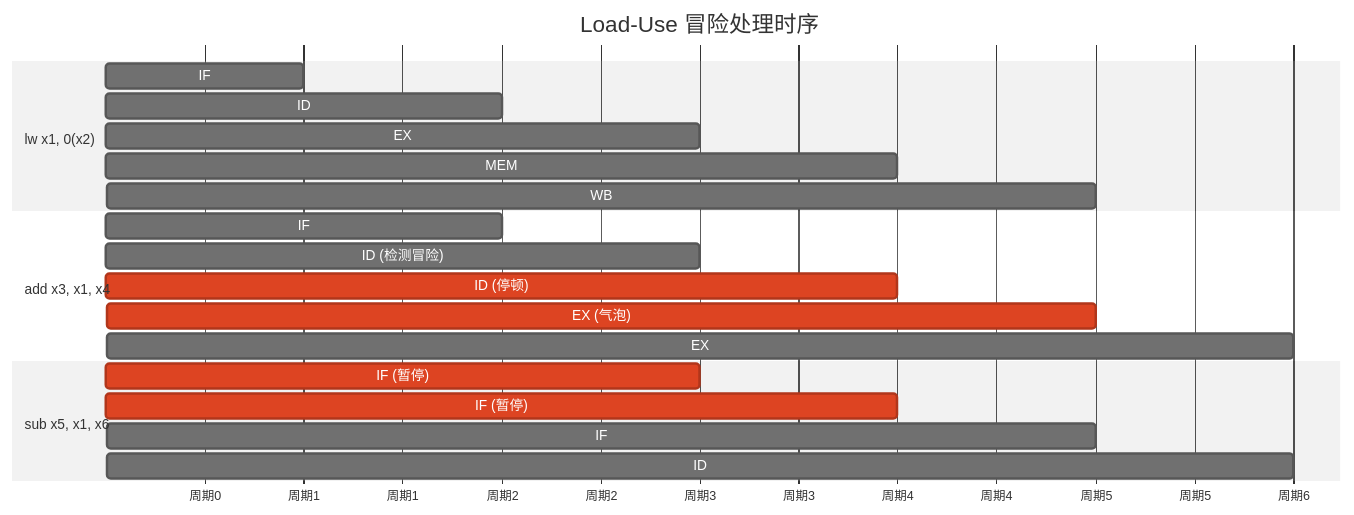
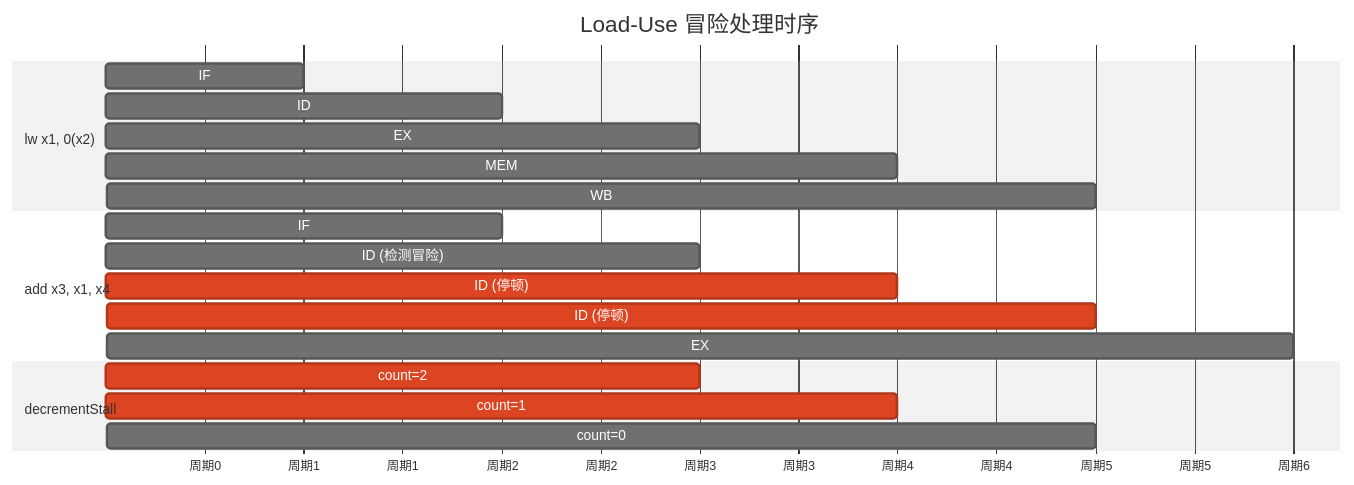
The third of 5 diagrams in docs/load-use-hazard.md (daivy2333/riscv-bsv-processor), drawn with Mermaid (neutral theme) before and after one commit. The commit also changed other lines of this file and 6 other files, not shown here.

````diff
--- a/docs/load-use-hazard.md
+++ b/docs/load-use-hazard.md
@@ -76,26 +63,25 @@
 ```mermaid
 gantt
     title Load-Use 冒险处理时序
     dateFormat X
     axisFormat 周期%s
 
     section lw x1, 0(x2)
     IF          :1, 1
     ID          :2, 2
     EX          :3, 3
     MEM         :4, 4
     WB          :5, 5
 
     section add x3, x1, x4
     IF          :2, 2
     ID (检测冒险) :3, 3
     ID (停顿)    :crit, 4, 4
-    EX (气泡)   :crit, 5, 5
+    ID (停顿)    :crit, 5, 5
     EX          :6, 6
 
-    section sub x5, x1, x6
-    IF (暂停)   :crit, 3, 3
-    IF (暂停)   :crit, 4, 4
-    IF          :5, 5
-    ID          :6, 6
+    section decrementStall
+    count=2    :crit, 3, 3
+    count=1    :crit, 4, 4
+    count=0    :5, 5
 ```
````
